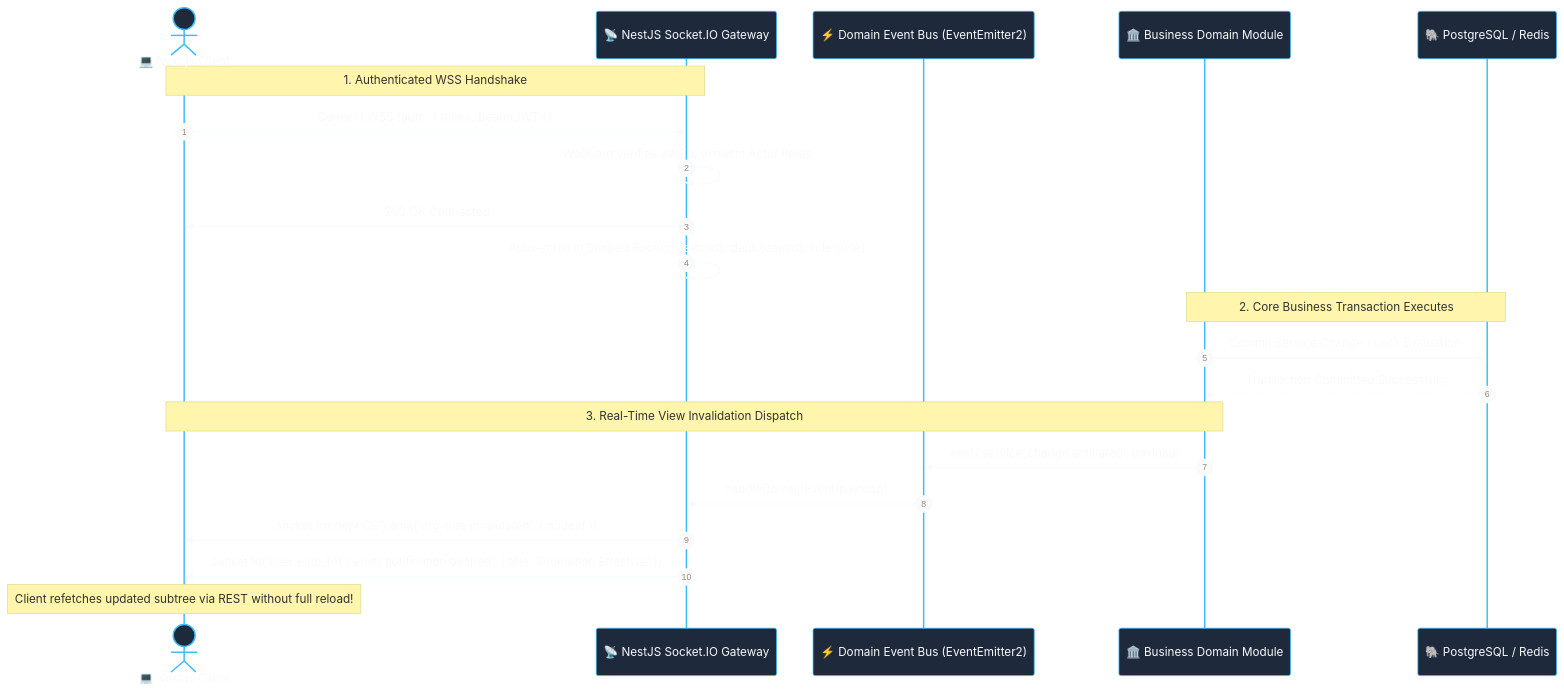
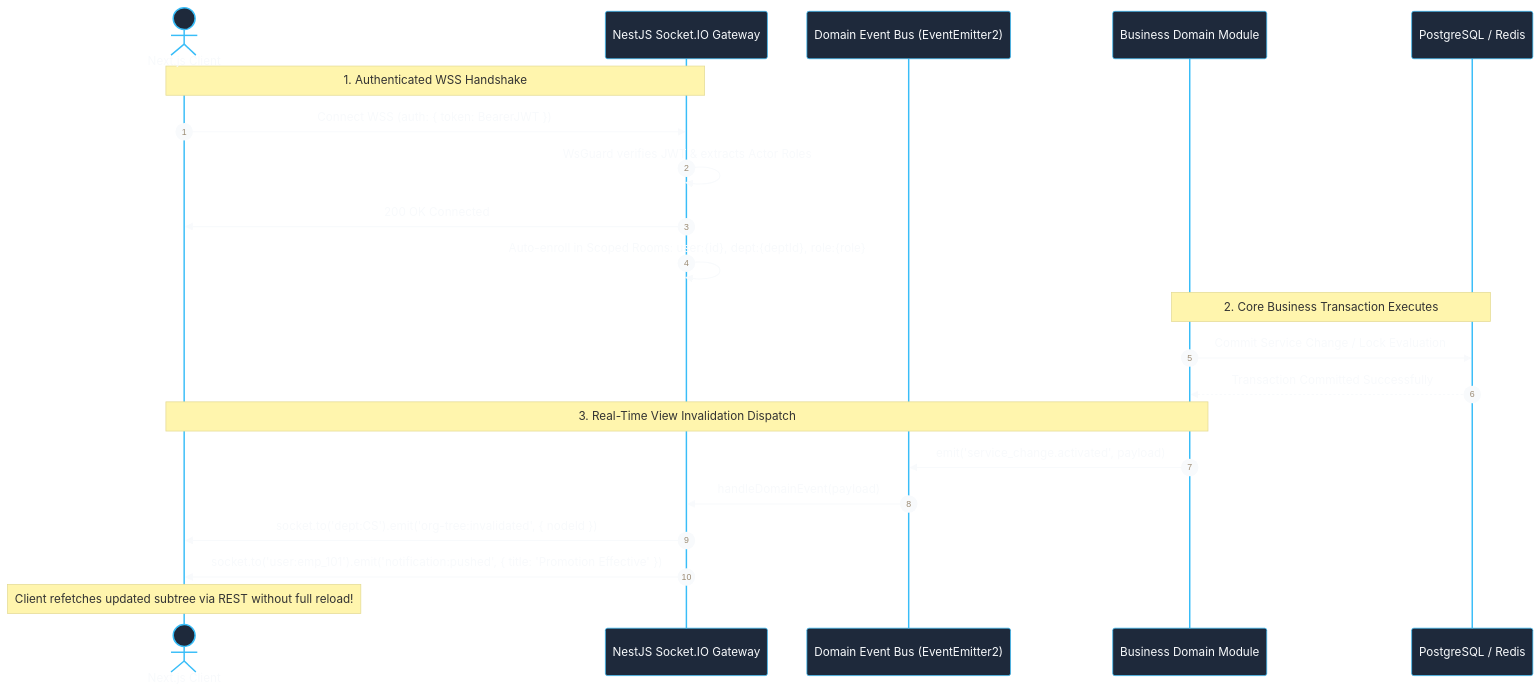
One commit to Aditya11o/HR-CHANGE-MANAGEMENT-SYSTEM changed the second of 3 diagrams in docs/04-system-architecture/01-SYSTEM-ARCHITECTURE-SPECIFICATION.md. Above: the diagram before and after it, drawn with Mermaid. The commit also changed other lines of this file and 8 other files, not shown here.

Commit message:
docs: add system architecture, test strategy, deployment guide, and requirements specifications

````diff
--- a/docs/04-system-architecture/01-SYSTEM-ARCHITECTURE-SPECIFICATION.md
+++ b/docs/04-system-architecture/01-SYSTEM-ARCHITECTURE-SPECIFICATION.md
@@ -108,28 +108,28 @@
 ```mermaid
 %%{init: {'theme': 'base', 'themeVariables': { 'primaryColor': '#1e293b', 'primaryTextColor': '#f8fafc', 'primaryBorderColor': '#38bdf8', 'lineColor': '#64748b'}}}%%
 sequenceDiagram
     autonumber
-    actor Client as 💻 Next.js Client
-    participant GW as 📡 NestJS Socket.IO Gateway
-    participant Bus as ⚡ Domain Event Bus (EventEmitter2)
-    participant Mod as 🏛️ Business Domain Module
-    participant DB as 🐘 PostgreSQL / Redis
+    actor Client as Next.js Client
+    participant GW as NestJS Socket.IO Gateway
+    participant Bus as Domain Event Bus (EventEmitter2)
+    participant Mod as Business Domain Module
+    participant DB as PostgreSQL / Redis
 
     Note over Client, GW: 1. Authenticated WSS Handshake
     Client->>GW: Connect WSS (auth: { token: BearerJWT })
     GW->>GW: WsGuard verifies JWT & extracts Actor Roles
     GW->>Client: 200 OK Connected
     GW->>GW: Auto-enroll in Scoped Rooms: user:{id}, dept:{deptId}, role:{role}
 
     Note over Mod, DB: 2. Core Business Transaction Executes
     Mod->>DB: Commit Service Change / Lock Evaluation
     DB-->>Mod: Transaction Committed Successfully
 
     Note over Mod, Client: 3. Real-Time View Invalidation Dispatch
     Mod->>Bus: emit('service_change.activated', payload)
     Bus->>GW: handleDomainEvent(payload)
     GW->>Client: socket.to('dept:CS').emit('org-tree:invalidated', { nodeId })
     GW->>Client: socket.to('user:emp_101').emit('notification:pushed', { title: 'Promotion Effective' })
     
     Note over Client: Client refetches updated subtree via REST without full reload!
 ```
````
